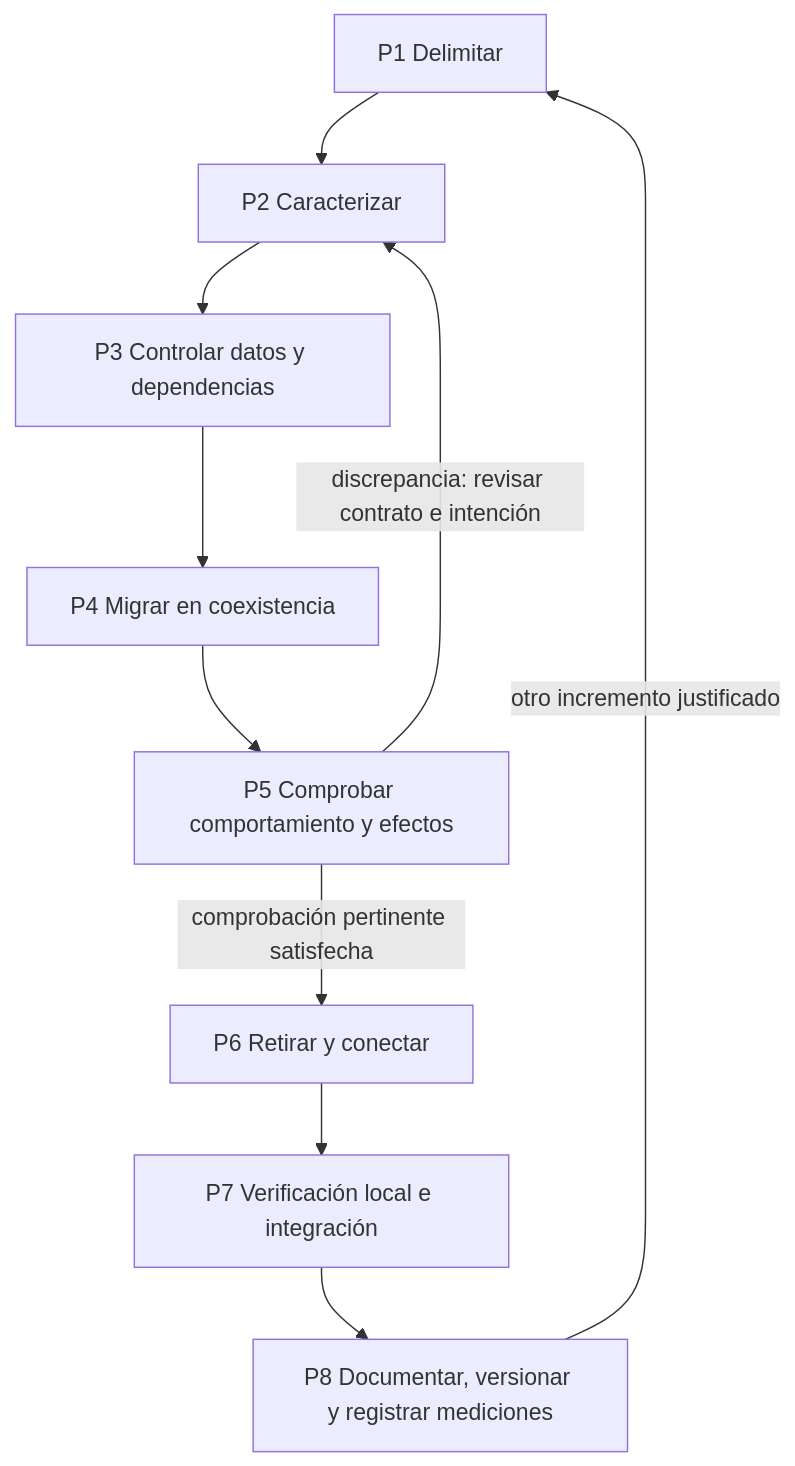
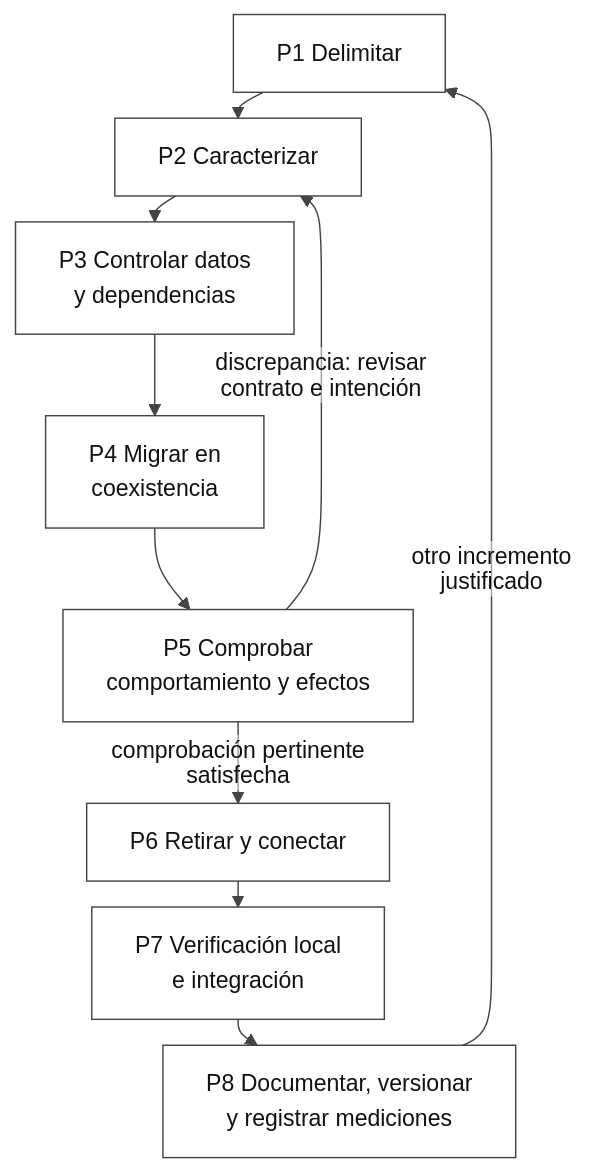
Before and after one commit to mariouriarte/kit-tesis-design-science: the second of 4 diagrams in entrega_alsie/IFI_ALSIE.md, drawn with Mermaid. The commit also changed other lines of this file and 5 other files, not shown here.

````diff
--- a/entrega_alsie/IFI_ALSIE.md
+++ b/entrega_alsie/IFI_ALSIE.md
@@ -731,12 +736,13 @@
 ```mermaid
+%%{init: {"theme":"base","fontFamily":"Arial","themeVariables":{"fontFamily":"Arial","fontSize":"16px","primaryColor":"#ffffff","primaryTextColor":"#111111","primaryBorderColor":"#444444","lineColor":"#444444","edgeLabelBackground":"#ffffff"},"flowchart":{"htmlLabels":false,"nodeSpacing":18,"rankSpacing":18,"diagramPadding":8,"wrappingWidth":240}}}%%
 flowchart TD
-    P1[P1 Delimitar] --> P2[P2 Caracterizar]
-    P2 --> P3[P3 Controlar datos y dependencias]
-    P3 --> P4[P4 Migrar en coexistencia]
-    P4 --> P5[P5 Comprobar comportamiento y efectos]
-    P5 -->|discrepancia: revisar contrato e intención| P2
-    P5 -->|comprobación pertinente satisfecha| P6[P6 Retirar y conectar]
-    P6 --> P7[P7 Verificación local e integración]
-    P7 --> P8[P8 Documentar, versionar y registrar mediciones]
-    P8 -->|otro incremento justificado| P1
+    P1["P1 Delimitar"] --> P2["P2 Caracterizar"]
+    P2 --> P3["P3 Controlar datos<br/>y dependencias"]
+    P3 --> P4["P4 Migrar en<br/>coexistencia"]
+    P4 --> P5["P5 Comprobar<br/>comportamiento y efectos"]
+    P5 -->|"discrepancia: revisar<br/>contrato e intención"| P2
+    P5 -->|"comprobación pertinente<br/>satisfecha"| P6["P6 Retirar y conectar"]
+    P6 --> P7["P7 Verificación local<br/>e integración"]
+    P7 --> P8["P8 Documentar, versionar<br/>y registrar mediciones"]
+    P8 -->|"otro incremento<br/>justificado"| P1
 ```
````
